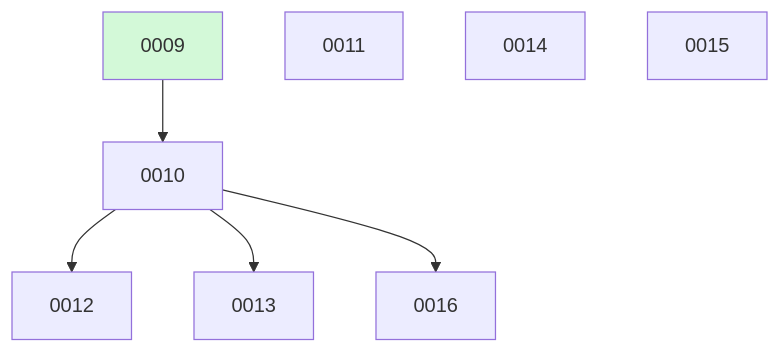
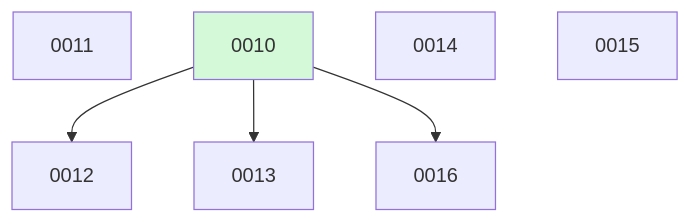
Before and after one commit to ethanhinson/llm-research-agent: the diagram in docs/changes/BOARD.md, drawn with Mermaid. The commit also changed other lines of this file, not shown here.

````diff
--- a/docs/changes/BOARD.md
+++ b/docs/changes/BOARD.md
@@ -22,12 +16,11 @@
 ```mermaid
 graph TD
-  0009 --> 0010
   0011
   0010 --> 0012
   0010 --> 0013
   0014
   0015
   0010 --> 0016
-  0009:::done
+  0010:::done
   classDef done fill:#d3f9d8;
 ```
````
